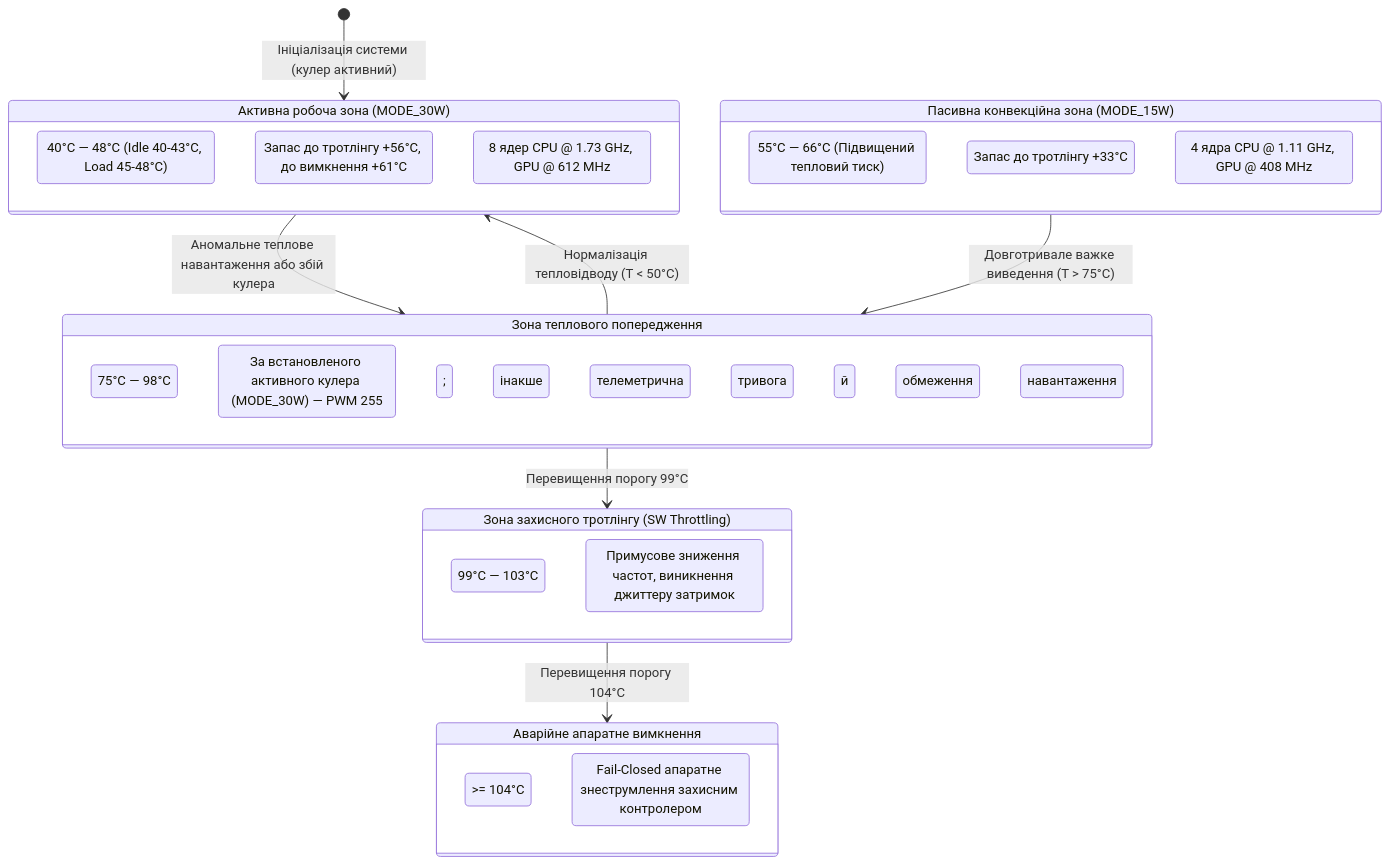
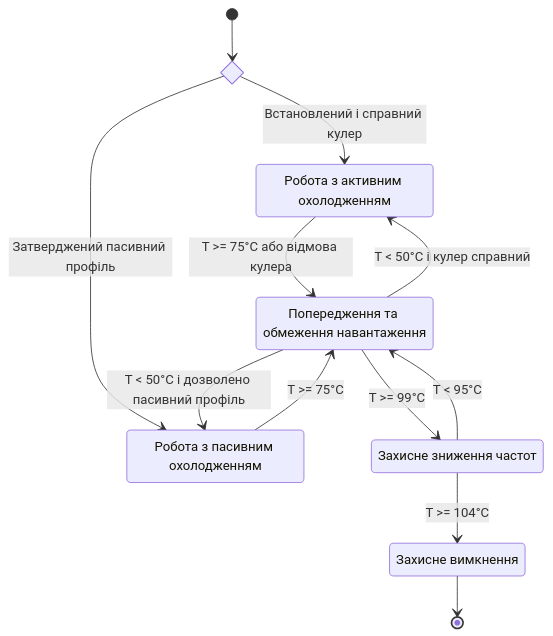
The tenth of 14 diagrams in ExpertSystem/ch18-execution-infrastructure.md (nick-fedchik/articles), drawn with Mermaid before and after one commit. The commit also changed other lines of this file and 7 other files, not shown here.

````diff
--- a/ExpertSystem/ch18-execution-infrastructure.md
+++ b/ExpertSystem/ch18-execution-infrastructure.md
@@ -832,40 +1040,24 @@
 ```mermaid
 stateDiagram-v2
-    accTitle: Термодинамічні зони та периметр безпеки Jetson AGX Orin
-    accDescr: Діаграма станів і температурних порогів бортового обчислювача від номінальної зони охолодження до апаратного аварійного відсікання.
+    accTitle: Проєктна модель теплового нагляду стенда
+    accDescr: Вибір пасивного або активного профілю, попередження та захисне вимкнення; числові пороги є заявленими параметрами прикладу, не перевіреною конфігурацією іншого виробу.
 
-    [*] --> ActiveCooledZone: Ініціалізація системи (кулер активний)
-    
-    state "Активна робоча зона (MODE_30W)" as ActiveCooledZone {
-        ActiveTemp: 40°C — 48°C (Idle 40-43°C, Load 45-48°C)
-        ActiveMargin: Запас до тротлінгу +56°C, до вимкнення +61°C
-        ActivePerf: 8 ядер CPU @ 1.73 GHz, GPU @ 612 MHz
-    }
+    state Choose <<choice>>
+    state "Робота з активним охолодженням" as ActiveCooledZone
+    state "Робота з пасивним охолодженням" as PassiveZone
+    state "Попередження та обмеження навантаження" as WarningZone
+    state "Захисне зниження частот" as ThrottleZone
+    state "Захисне вимкнення" as ShutdownState
 
-    state "Пасивна конвекційна зона (MODE_15W)" as PassiveZone {
-        PassiveTemp: 55°C — 66°C (Підвищений тепловий тиск)
-        PassiveMargin: Запас до тротлінгу +33°C
-        PassivePerf: 4 ядра CPU @ 1.11 GHz, GPU @ 408 MHz
-    }
-
-    state "Зона теплового попередження" as WarningZone {
-        WarningTemp: 75°C — 98°C
-        WarningAction: За встановленого активного кулера (MODE_30W) — PWM 255; інакше телеметрична тривога й обмеження навантаження
-    }
-
-    state "Зона захисного тротлінгу (SW Throttling)" as ThrottleZone {
-        ThrottleTemp: 99°C — 103°C
-        ThrottleAction: Примусове зниження частот, виникнення джиттеру затримок
-    }
-
-    state "Аварійне апаратне вимкнення" as ShutdownState {
-        ShutdownTemp: >= 104°C
-        ShutdownAction: Fail-Closed апаратне знеструмлення захисним контролером
-    }
-
-    ActiveCooledZone --> WarningZone: Аномальне теплове навантаження або збій кулера
-    PassiveZone --> WarningZone: Довготривале важке виведення (T > 75°C)
-    WarningZone --> ThrottleZone: Перевищення порогу 99°C
-    ThrottleZone --> ShutdownState: Перевищення порогу 104°C
-    WarningZone --> ActiveCooledZone: Нормалізація тепловідводу (T < 50°C)
+    [*] --> Choose
+    Choose --> ActiveCooledZone: Встановлений і справний кулер
+    Choose --> PassiveZone: Затверджений пасивний профіль
+    ActiveCooledZone --> WarningZone: T >= 75°C або відмова кулера
+    PassiveZone --> WarningZone: T >= 75°C
+    WarningZone --> ThrottleZone: T >= 99°C
+    ThrottleZone --> ShutdownState: T >= 104°C
+    WarningZone --> ActiveCooledZone: T < 50°C і кулер справний
+    WarningZone --> PassiveZone: T < 50°C і дозволено пасивний профіль
+    ThrottleZone --> WarningZone: T < 95°C
+    ShutdownState --> [*]
 ```
````
